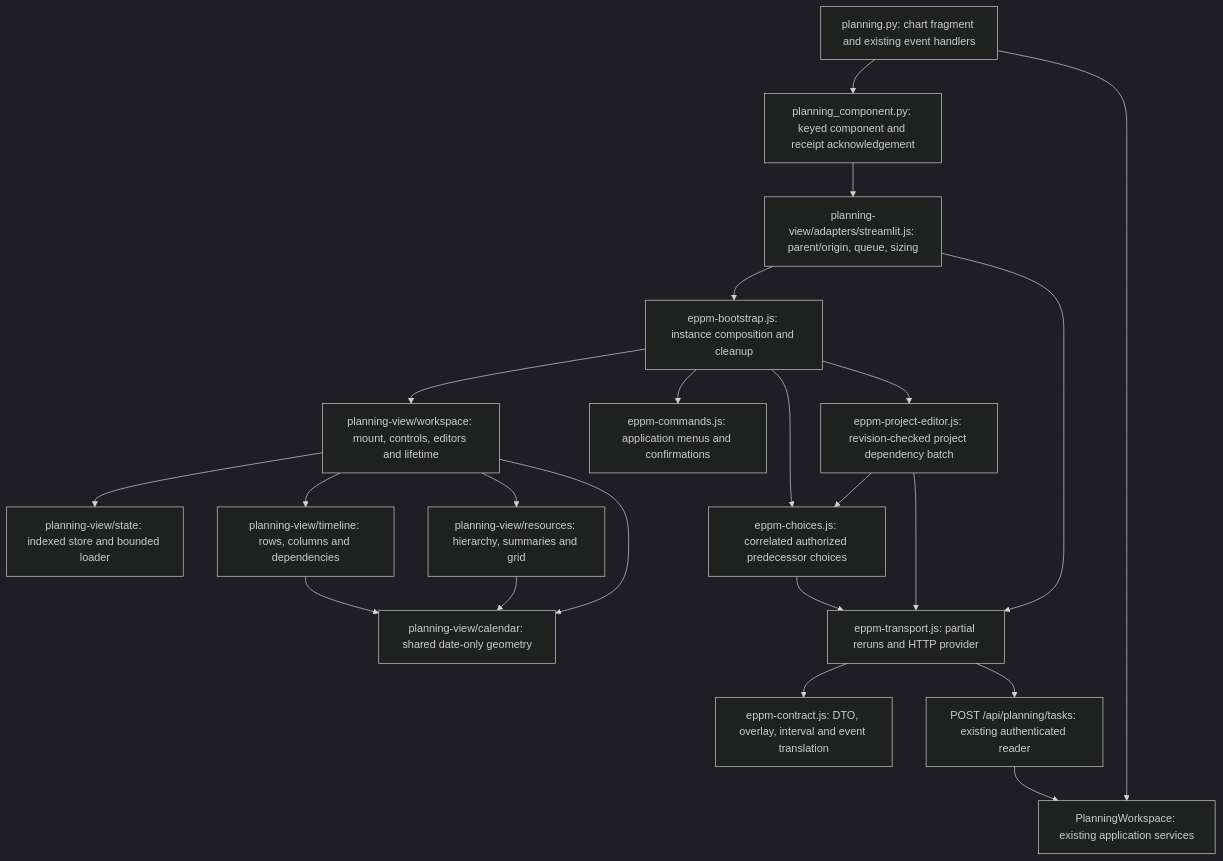
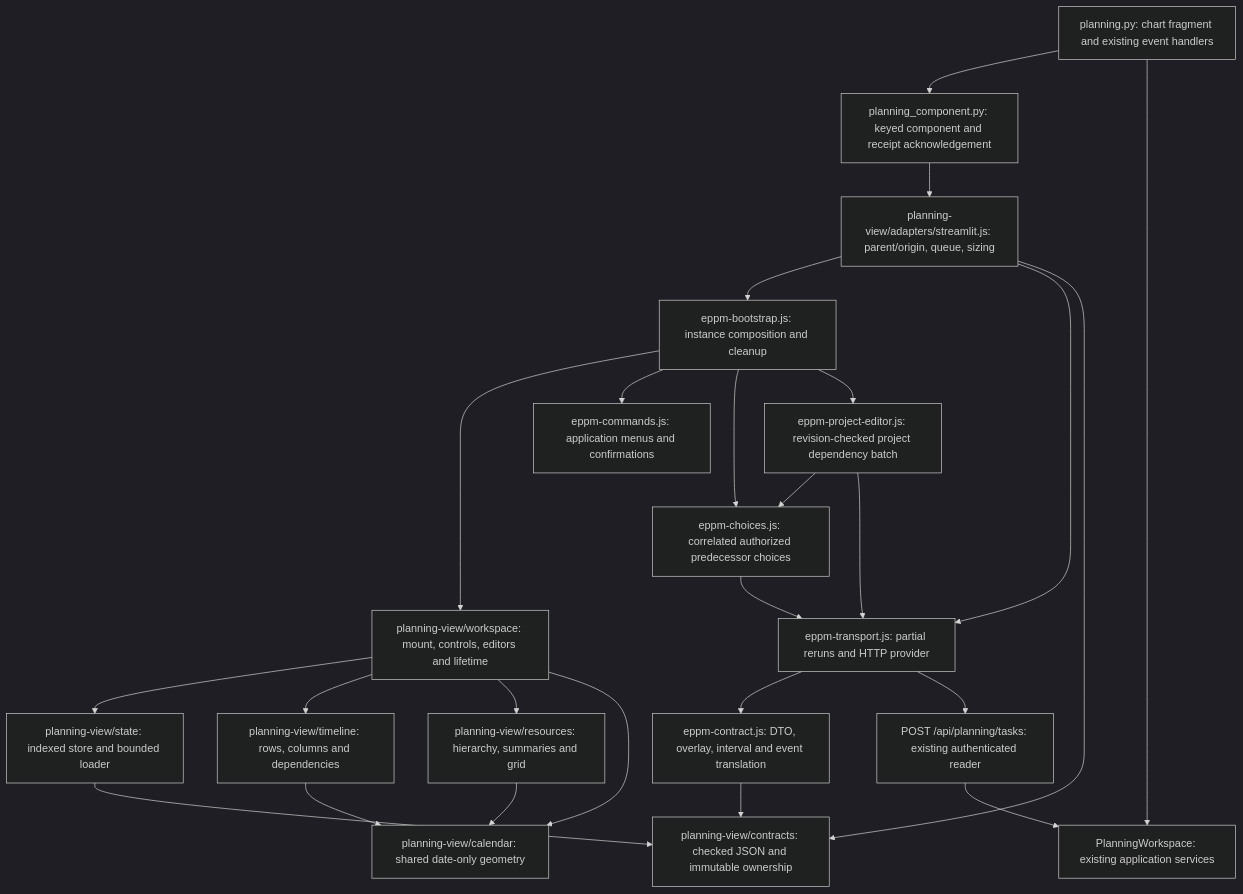
Before and after one commit to cboguet83/eppm_demo: the diagram in docs/implementation/planning-component-integration.md, drawn with Mermaid (dark theme). The commit also changed other lines of this file and 18 other files, not shown here.

Commit message:
fix(reusable-planning-component): complete task 5.6 validated ownership and parity

````diff
--- a/docs/implementation/planning-component-integration.md
+++ b/docs/implementation/planning-component-integration.md
@@ -11,40 +11,44 @@
 ```mermaid
 flowchart TB
     Page["planning.py: chart fragment and existing event handlers"]
     Python["planning_component.py: keyed component and receipt acknowledgement"]
     Bridge["planning-view/adapters/streamlit.js: parent/origin, queue, sizing"]
     Bootstrap["eppm-bootstrap.js: instance composition and cleanup"]
     Mapping["eppm-contract.js: DTO, overlay, interval and event translation"]
     Transport["eppm-transport.js: partial reruns and HTTP provider"]
     Commands["eppm-commands.js: application menus and confirmations"]
     Choices["eppm-choices.js: correlated authorized predecessor choices"]
     ProjectForm["eppm-project-editor.js: revision-checked project dependency batch"]
     Core["planning-view/workspace: mount, controls, editors and lifetime"]
     State["planning-view/state: indexed store and bounded loader"]
+    Contracts["planning-view/contracts: checked JSON and immutable ownership"]
     Timeline["planning-view/timeline: rows, columns and dependencies"]
     Resources["planning-view/resources: hierarchy, summaries and grid"]
     Calendar["planning-view/calendar: shared date-only geometry"]
     HTTP["POST /api/planning/tasks: existing authenticated reader"]
     Services["PlanningWorkspace: existing application services"]
     Page --> Python
     Python --> Bridge
     Bridge --> Bootstrap
     Bootstrap --> Core
     Bootstrap --> Commands
     Bootstrap --> Choices
     Bootstrap --> ProjectForm
     Bridge --> Transport
     Transport --> Mapping
     Transport --> HTTP
     Choices --> Transport
     ProjectForm --> Choices
     ProjectForm --> Transport
     Core --> State
+    State --> Contracts
+    Bridge --> Contracts
+    Mapping --> Contracts
     Core --> Timeline
     Core --> Resources
     Core --> Calendar
     Timeline --> Calendar
     Resources --> Calendar
     HTTP --> Services
     Page --> Services
 ```
````
